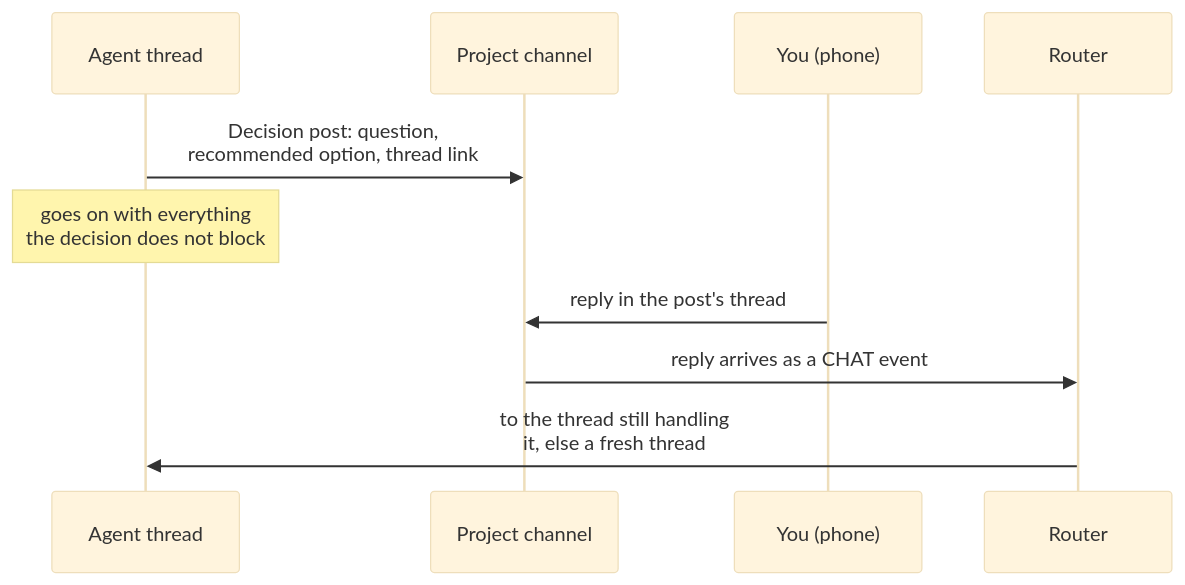
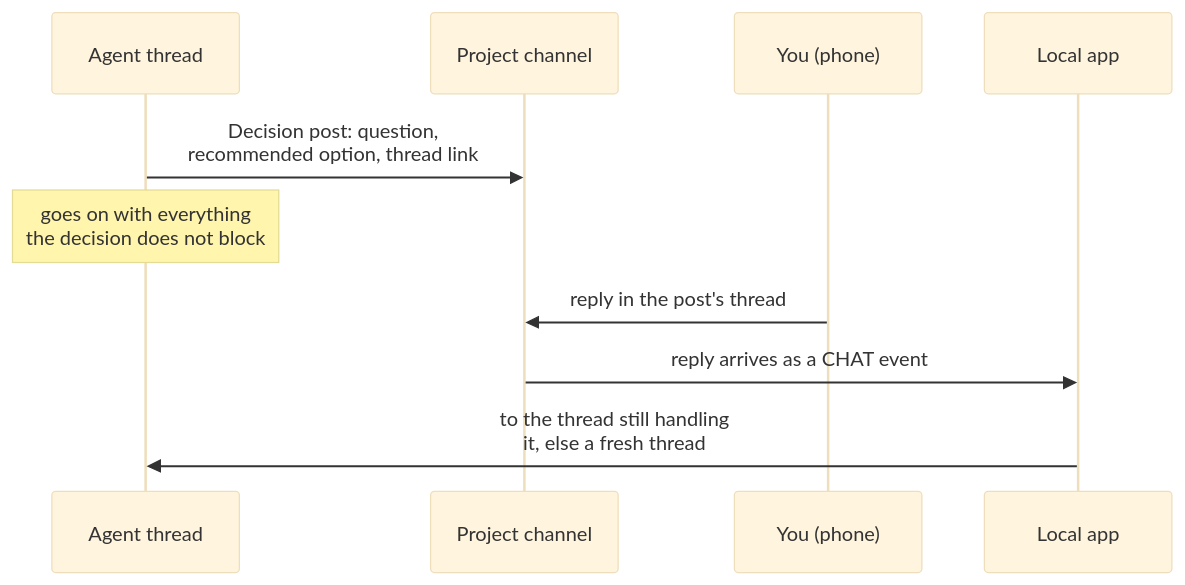
One commit to j-shelfwood/jig changed the third of 4 diagrams in docs/orchestration.md. Above: the diagram before and after it, drawn with Mermaid (base theme). The commit also changed other lines of this file and 5 other files, not shown here.

First line of the commit message:
Docs: one local app owns gates and events; hooks and the UI talk to it over HTTP

````diff
--- a/docs/orchestration.md
+++ b/docs/orchestration.md
@@ -73,12 +73,12 @@
 ```mermaid
 sequenceDiagram
     participant A as Agent thread
     participant C as Project channel
     participant Y as You (phone)
-    participant R as Router
+    participant R as Local app
     A->>C: Decision post: question,<br/>recommended option, thread link
     Note over A: goes on with everything<br/>the decision does not block
     Y->>C: reply in the post's thread
     C->>R: reply arrives as a CHAT event
     R->>A: to the thread still handling<br/>it, else a fresh thread
 ```
````
